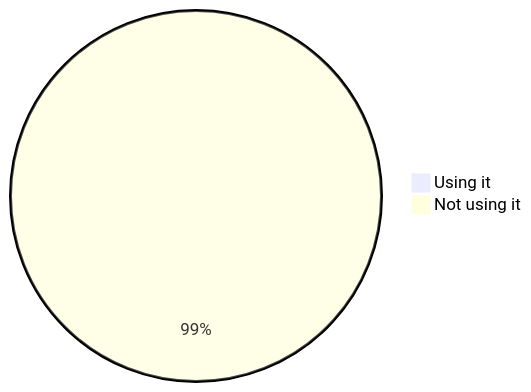
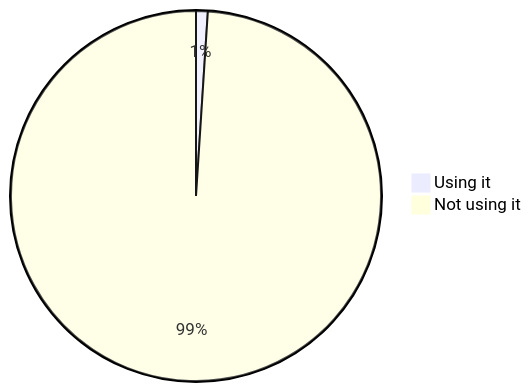
Before and after one commit to oshp/oshp-stats: the tenth of 22 diagrams in stats.md, drawn with Mermaid. The commit also changed other lines of this file, not shown here.

````diff
--- a/stats.md
+++ b/stats.md
@@ -118,6 +118,6 @@
 ```mermaid
 pie
-	"Using it" : 0.99
-	"Not using it" : 99.01
+	"Using it" : 1.02
+	"Not using it" : 98.98
 
 ```
````
